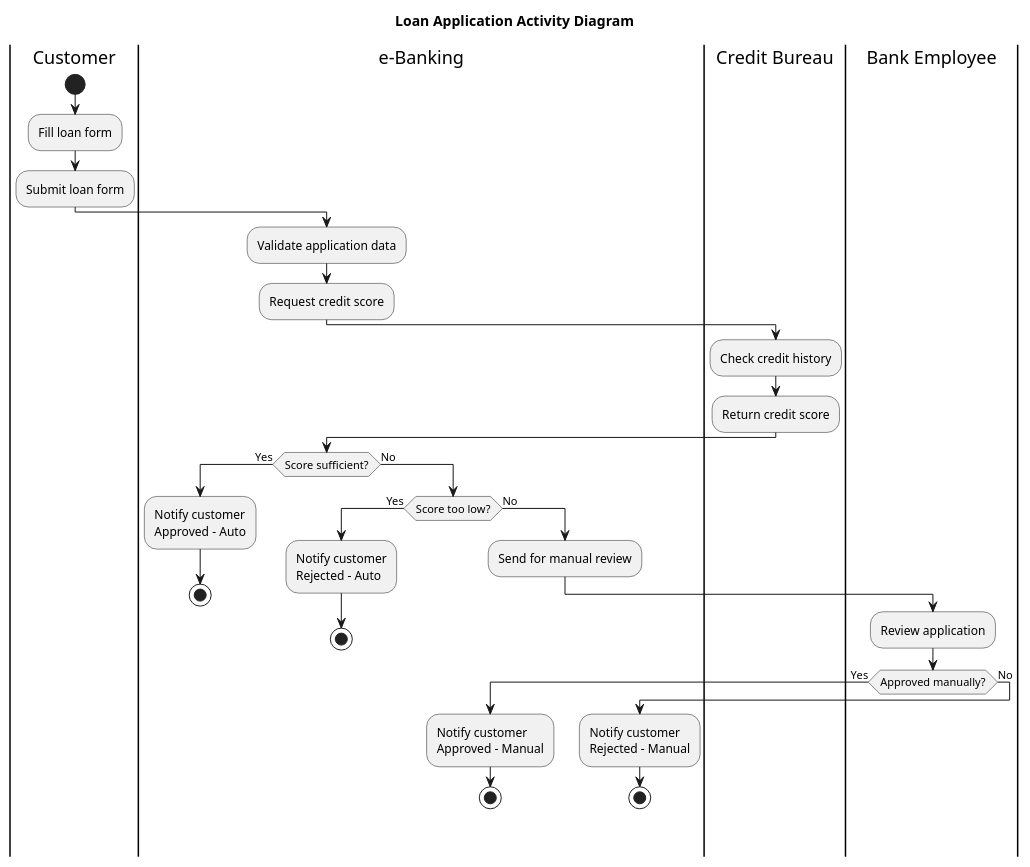
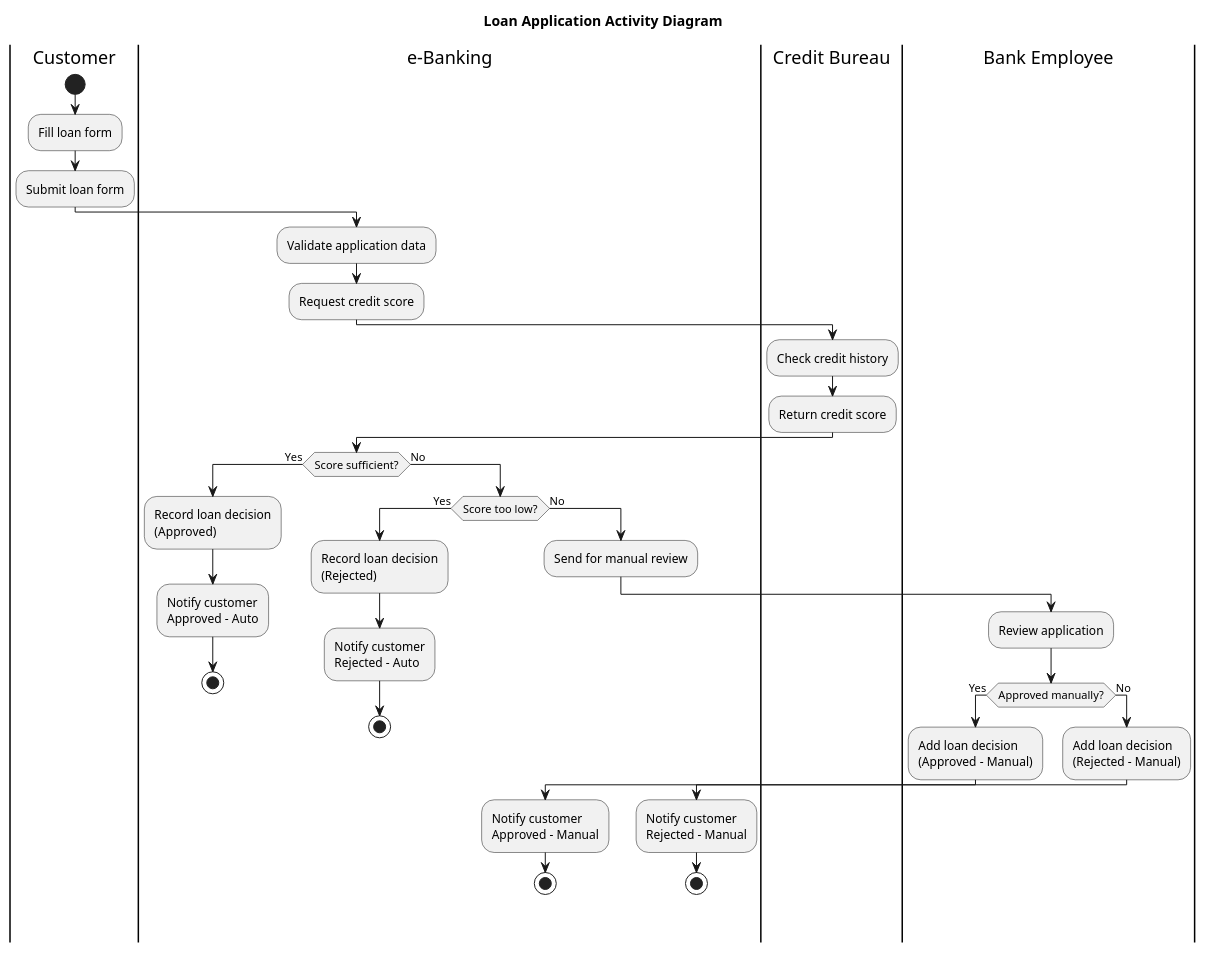
One commit to yakukhno02/KPI changed the diagram in activity_diagram/BankSystemActivity.puml. Above: the diagram before and after it, drawn with PlantUML. The commit also changed 4 other files, not shown here.

Commit message:
fix lab4 diagrams

```diff
--- a/activity_diagram/BankSystemActivity.puml
+++ b/activity_diagram/BankSystemActivity.puml
@@ -1,44 +1,50 @@
 @startuml
 title Loan Application Activity Diagram
 
 |Customer|
 start
 :Fill loan form;
 :Submit loan form;
 
 |e-Banking|
 :Validate application data;
 :Request credit score;
 
 |Credit Bureau|
 :Check credit history;
 :Return credit score;
 
 |e-Banking|
 if (Score sufficient?) then (Yes)
+  :Record loan decision\n(Approved);
   :Notify customer\nApproved - Auto;
   stop
 else (No)
   if (Score too low?) then (Yes)
+    :Record loan decision\n(Rejected);
     :Notify customer\nRejected - Auto;
     stop
   else (No)
     :Send for manual review;
 
     |Bank Employee|
     :Review application;
 
     if (Approved manually?) then (Yes)
+      |Bank Employee|
+      :Add loan decision\n(Approved - Manual);
       |e-Banking|
       :Notify customer\nApproved - Manual;
       stop
     else (No)
+      |Bank Employee|
+      :Add loan decision\n(Rejected - Manual);
       |e-Banking|
       :Notify customer\nRejected - Manual;
       stop
     endif
 
   endif
 endif
 
 @enduml
```
